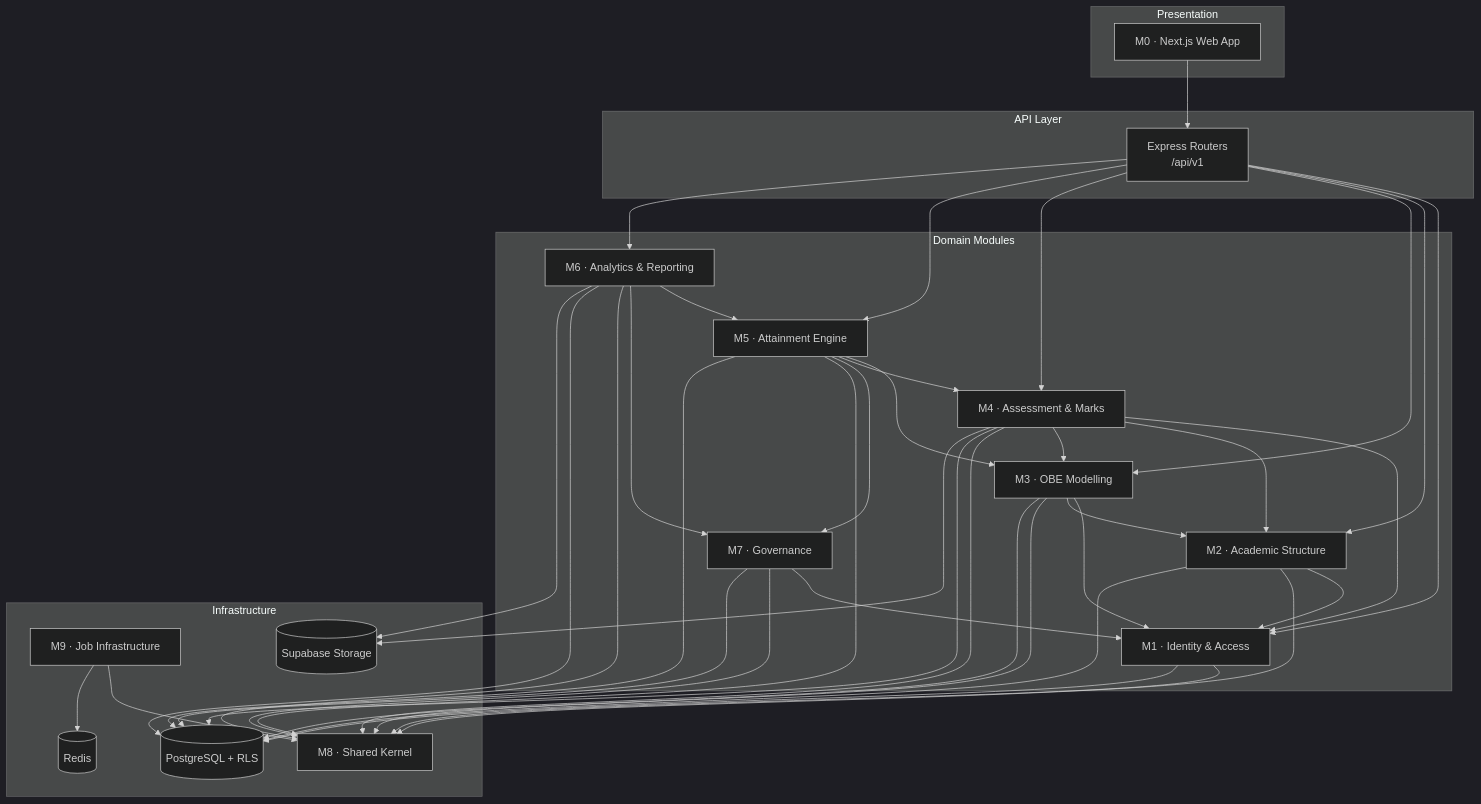
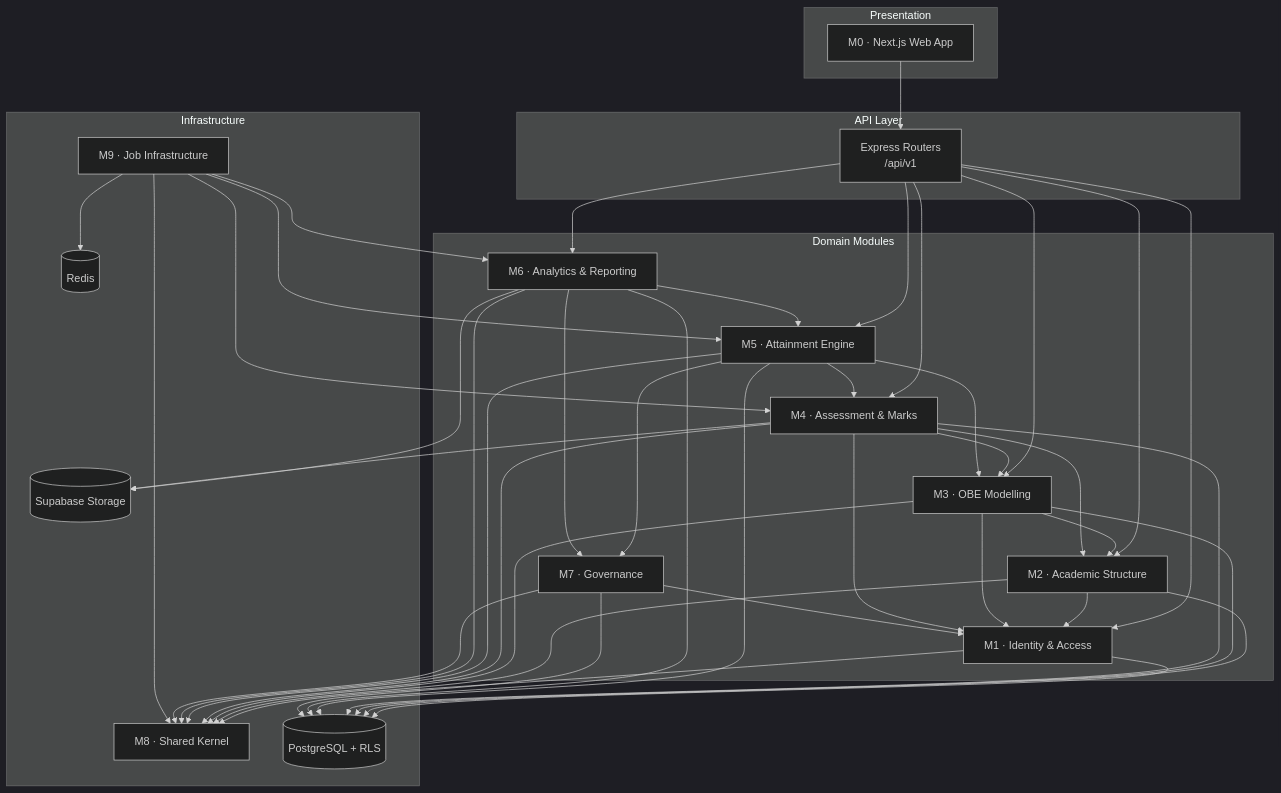
The diagram in EX8README.md (harshh-debug/2026-2027_IT-B_20240110085), drawn with Mermaid (dark theme) before and after one commit. The commit also changed other lines of this file, not shown here.

````diff
--- a/EX8README.md
+++ b/EX8README.md
@@ -49,69 +49,72 @@
 ```mermaid
 flowchart TB
     subgraph PRESENTATION["Presentation"]
         WEB["M0 · Next.js Web App"]
     end
 
     subgraph API["API Layer"]
         ROUTES["Express Routers<br/>/api/v1"]
     end
 
     subgraph DOMAIN["Domain Modules"]
         M1["M1 · Identity & Access"]
         M2["M2 · Academic Structure"]
         M3["M3 · OBE Modelling"]
         M4["M4 · Assessment & Marks"]
         M5["M5 · Attainment Engine"]
         M6["M6 · Analytics & Reporting"]
         M7["M7 · Governance"]
     end
 
     subgraph INFRA["Infrastructure"]
         M8["M8 · Shared Kernel"]
         M9["M9 · Job Infrastructure"]
         DB[("PostgreSQL + RLS")]
         REDIS[("Redis")]
         STORAGE[("Supabase Storage")]
     end
 
     WEB --> ROUTES
     ROUTES --> M1
     ROUTES --> M2
     ROUTES --> M3
     ROUTES --> M4
     ROUTES --> M5
     ROUTES --> M6
 
     M2 --> M1
     M3 --> M1
     M3 --> M2
     M4 --> M1
     M4 --> M2
     M4 --> M3
     M5 --> M3
     M5 --> M4
     M5 --> M7
     M6 --> M5
     M6 --> M7
     M7 --> M1
 
     M1 --> M8
     M2 --> M8
     M3 --> M8
     M4 --> M8
     M5 --> M8
     M6 --> M8
     M7 --> M8
     M9 --> M8
+    M9 --> M4
+    M9 --> M5
+    M9 --> M6
 
     M1 --> DB
     M2 --> DB
     M3 --> DB
     M4 --> DB
     M5 --> DB
     M6 --> DB
     M7 --> DB
     M9 --> REDIS
     M6 --> STORAGE
     M4 --> STORAGE
 ```
````
